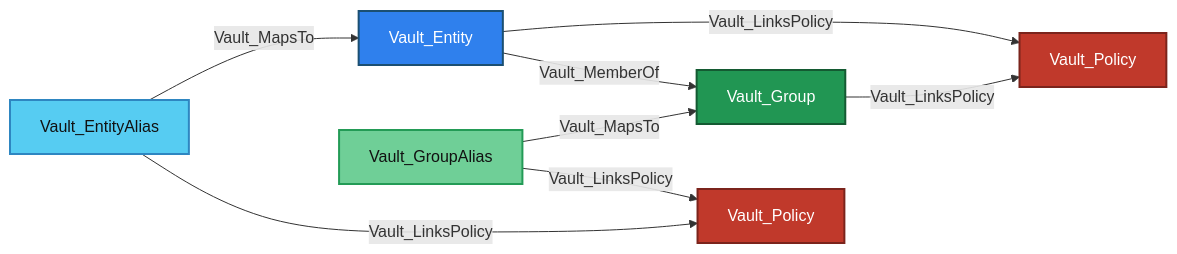
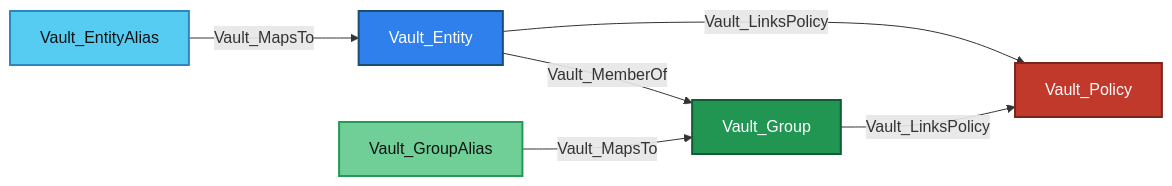
One commit to bytewreck/opengraph-vault changed the second of 12 diagrams in Documentation/stores/IDENTITY.md. Above: the diagram before and after it, drawn with Mermaid. The commit also changed other lines of this file, not shown here.

````diff
--- a/Documentation/stores/IDENTITY.md
+++ b/Documentation/stores/IDENTITY.md
@@ -75,16 +75,14 @@
 ```mermaid
 flowchart LR
     EA[Vault_EntityAlias]:::entityAliasNode -->|Vault_MapsTo| VE[Vault_Entity]:::entityNode
-    EA -->|Vault_LinksPolicy| P1[Vault_Policy]:::policyNode
-    VE -->|Vault_LinksPolicy| P2[Vault_Policy]:::policyNode
+    VE -->|Vault_LinksPolicy| P[Vault_Policy]:::policyNode
     GA[Vault_GroupAlias]:::groupAliasNode -->|Vault_MapsTo| VG[Vault_Group]:::groupNode
-    GA -->|Vault_LinksPolicy| P1
-    VG -->|Vault_LinksPolicy| P2
+    VG -->|Vault_LinksPolicy| P
     VE -->|Vault_MemberOf| VG
   
     classDef entityNode fill:#2F80ED,color:#fff,stroke:#1B4F72,stroke-width:2px
     classDef entityAliasNode fill:#56CCF2,color:#111,stroke:#2E86C1,stroke-width:2px
     classDef groupNode fill:#219653,color:#fff,stroke:#145A32,stroke-width:2px
     classDef groupAliasNode fill:#6FCF97,color:#111,stroke:#239B56,stroke-width:2px
     classDef policyNode fill:#C0392B,color:#fff,stroke:#7B241C,stroke-width:2px
 ```
````
